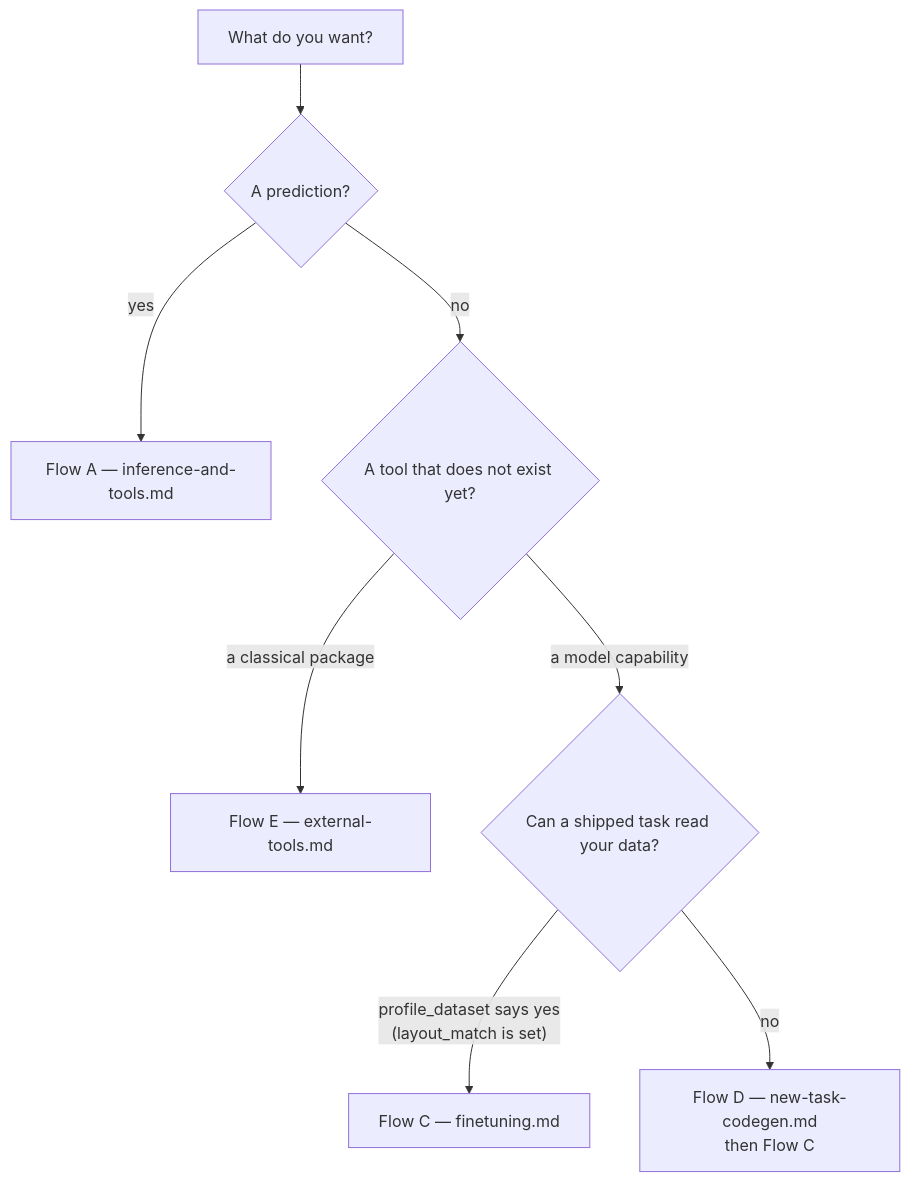
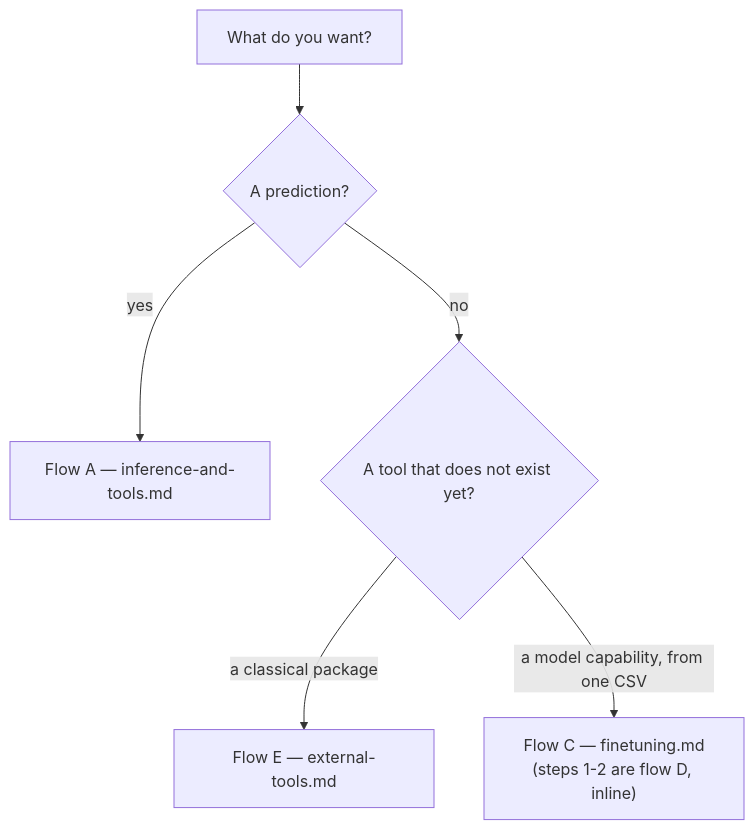
The second of 2 diagrams in documents/workflows/README.md (mhahmadi258/adaptrna), drawn with Mermaid before and after one commit. The commit also changed other lines of this file and 25 other files, not shown here.

````diff
--- a/documents/workflows/README.md
+++ b/documents/workflows/README.md
@@ -43,10 +43,8 @@
 ```mermaid
 flowchart TD
     Q["What do you want?"] --> A{"A prediction?"}
     A -->|"yes"| A1["Flow A — inference-and-tools.md"]
     A -->|"no"| B{"A tool that does not exist yet?"}
     B -->|"a classical package"| E1["Flow E — external-tools.md"]
-    B -->|"a model capability"| C{"Can a shipped task read your data?"}
-    C -->|"profile_dataset says yes<br/>(layout_match is set)"| C1["Flow C — finetuning.md"]
-    C -->|"no"| D1["Flow D — new-task-codegen.md<br/>then Flow C"]
+    B -->|"a model capability, from one CSV"| C1["Flow C — finetuning.md<br/>(steps 1-2 are flow D, inline)"]
 ```
````
